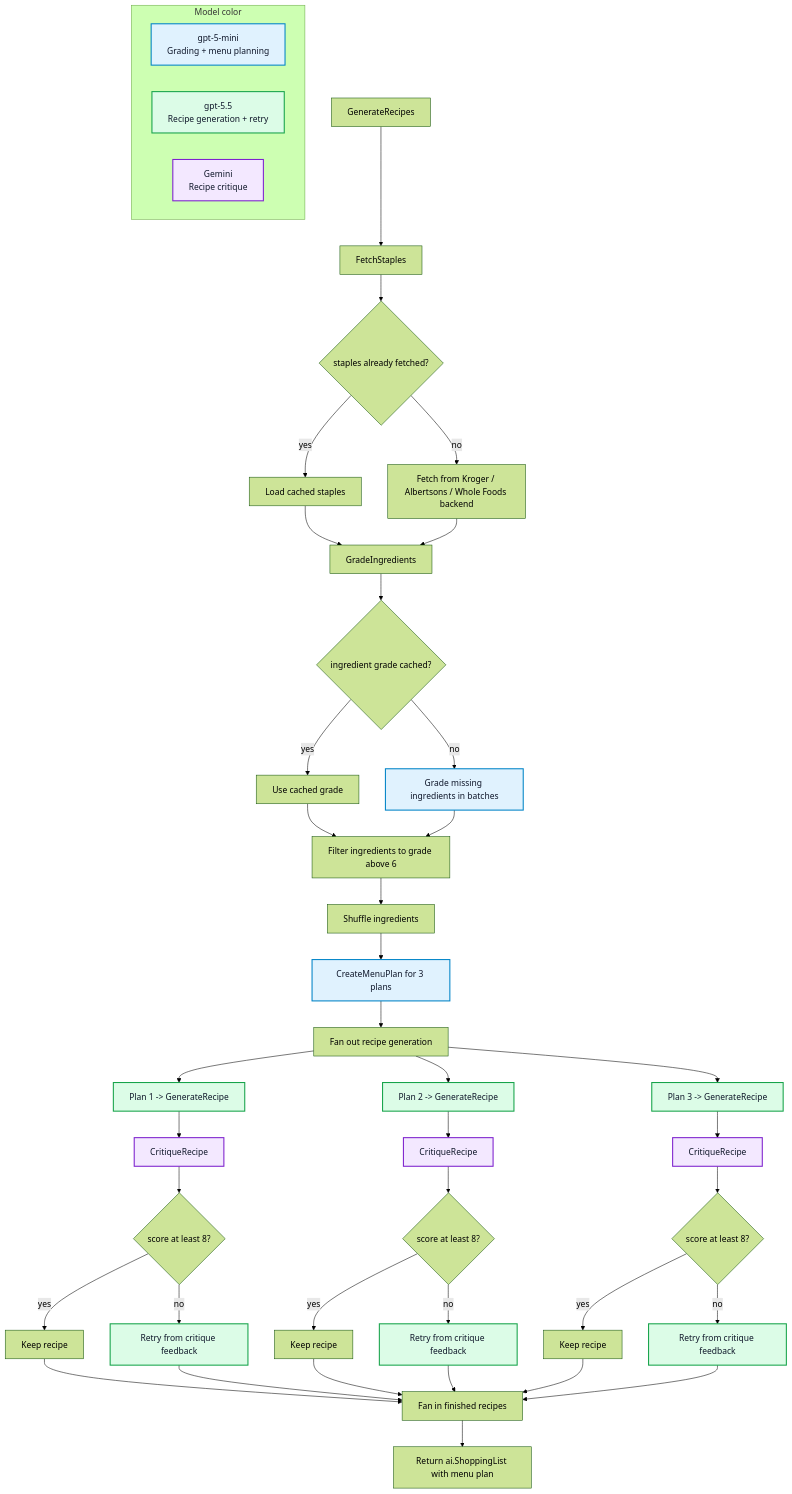
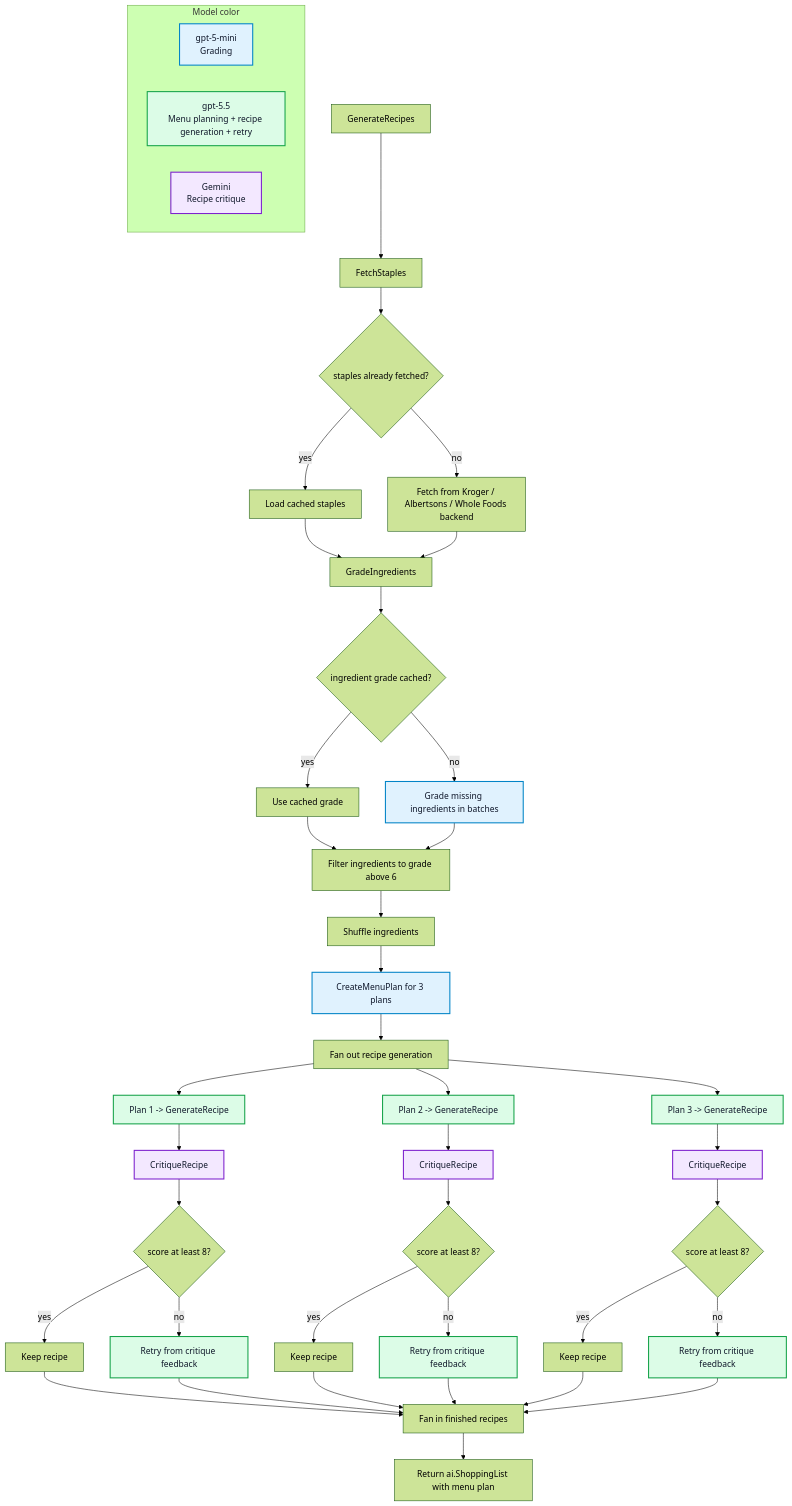
Before and after one commit to paulgmiller/careme: the diagram in docs/recipe-generation-walkthrough.md, drawn with Mermaid (forest theme). The commit also changed other lines of this file and 7 other files, not shown here.

````diff
--- a/docs/recipe-generation-walkthrough.md
+++ b/docs/recipe-generation-walkthrough.md
@@ -7,62 +7,62 @@
 ```mermaid
 flowchart TD
     subgraph Legend["Model color"]
-        MiniLegend["gpt-5-mini<br/>Grading + menu planning"]
-        GPT5Legend["gpt-5.5<br/>Recipe generation + retry"]
+        MiniLegend["gpt-5-mini<br/>Grading"]
+        GPT5Legend["gpt-5.5<br/>Menu planning + recipe generation + retry"]
         GeminiLegend["Gemini<br/>Recipe critique"]
     end
 
     A["GenerateRecipes"] --> B["FetchStaples"]
     B --> C{"staples already fetched?"}
     C -- "yes" --> D["Load cached staples"]
     C -- "no" --> E["Fetch from Kroger / Albertsons / Whole Foods backend"]
     E --> G["GradeIngredients"]
     D --> G
 
     G --> H{"ingredient grade cached?"}
     H -- "yes" --> I["Use cached grade"]
     H -- "no" --> J["Grade missing ingredients in batches"]
     I --> L["Filter ingredients to grade above 6"]
     J --> L
 
     L --> M["Shuffle ingredients"]
     M --> N["CreateMenuPlan for 3 plans"]
     N --> O["Fan out recipe generation"]
 
     O --> P1["Plan 1 -> GenerateRecipe"]
     O --> P2["Plan 2 -> GenerateRecipe"]
     O --> P3["Plan 3 -> GenerateRecipe"]
 
     P1 --> R1["CritiqueRecipe"]
     P2 --> R2["CritiqueRecipe"]
     P3 --> R3["CritiqueRecipe"]
 
     R1 --> S1{"score at least 8?"}
     R2 --> S2{"score at least 8?"}
     R3 --> S3{"score at least 8?"}
 
     S1 -- "yes" --> T1["Keep recipe"]
     S2 -- "yes" --> T2["Keep recipe"]
     S3 -- "yes" --> T3["Keep recipe"]
 
     S1 -- "no" --> U1["Retry from critique feedback"]
     S2 -- "no" --> U2["Retry from critique feedback"]
     S3 -- "no" --> U3["Retry from critique feedback"]
 
     T1 --> W["Fan in finished recipes"]
     T2 --> W
     T3 --> W
     U1 --> W
     U2 --> W
     U3 --> W
 
     W --> X["Return ai.ShoppingList with menu plan"]
 
     classDef mini fill:#e0f2fe,stroke:#0284c7,color:#0f172a,stroke-width:2px
     classDef gpt5 fill:#dcfce7,stroke:#16a34a,color:#0f172a,stroke-width:2px
     classDef gemini fill:#f3e8ff,stroke:#7e22ce,color:#0f172a,stroke-width:2px
 
     class MiniLegend,J,N mini
     class GPT5Legend,P1,P2,P3,U1,U2,U3 gpt5
     class GeminiLegend,R1,R2,R3 gemini
 ```
````
